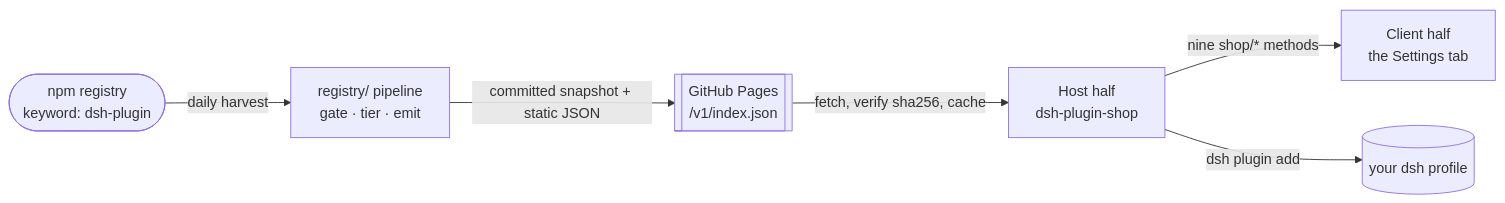
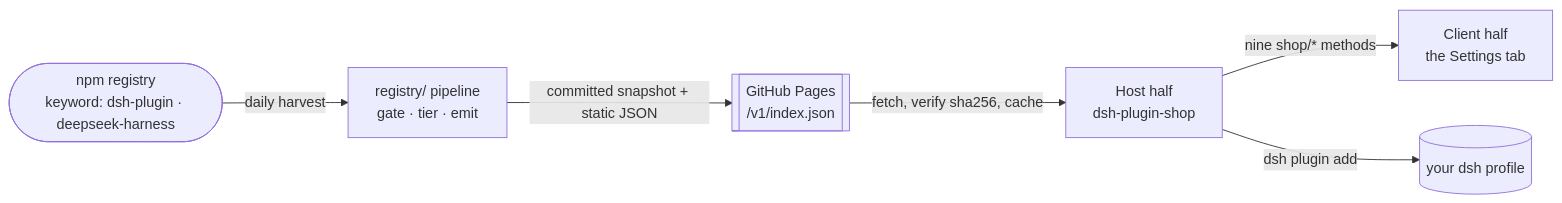
One commit to LivXue/dsh-plugin-shop changed the diagram in README.md. Above: the diagram before and after it, drawn with Mermaid. The commit also changed other lines of this file and 4 other files, not shown here.

````diff
--- a/README.md
+++ b/README.md
@@ -38,8 +38,8 @@
 ```mermaid
 flowchart LR
-  npm(["npm registry<br/>keyword: dsh-plugin"]) -->|daily harvest| build["registry/ pipeline<br/>gate · tier · emit"]
+  npm(["npm registry<br/>keyword: dsh-plugin · deepseek-harness"]) -->|daily harvest| build["registry/ pipeline<br/>gate · tier · emit"]
   build -->|committed snapshot + static JSON| pages[["GitHub Pages<br/>/v1/index.json"]]
   pages -->|fetch, verify sha256, cache| host["Host half<br/>dsh-plugin-shop"]
   host -->|nine shop/* methods| client["Client half<br/>the Settings tab"]
   host -->|dsh plugin add| profile[("your dsh profile")]
 ```
````
